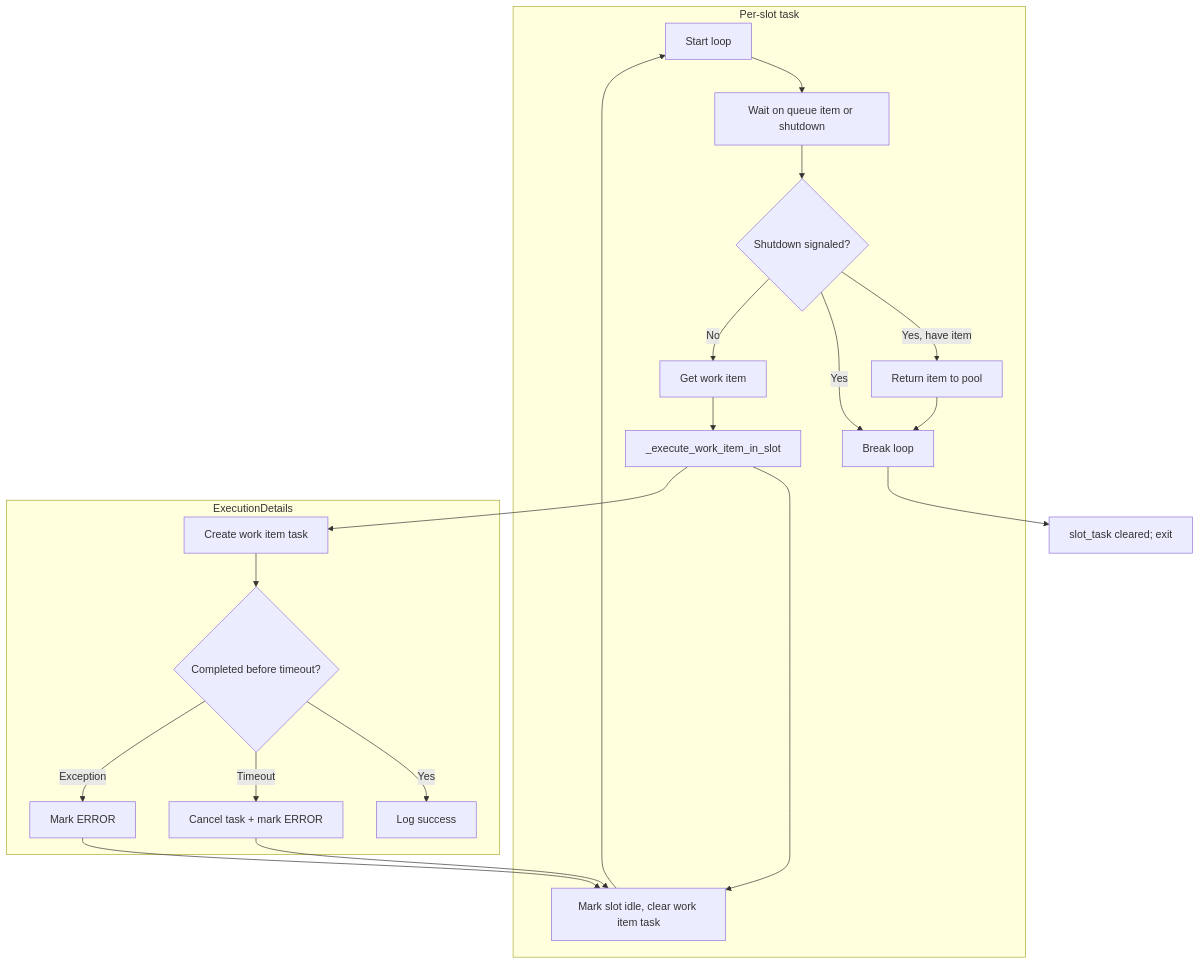
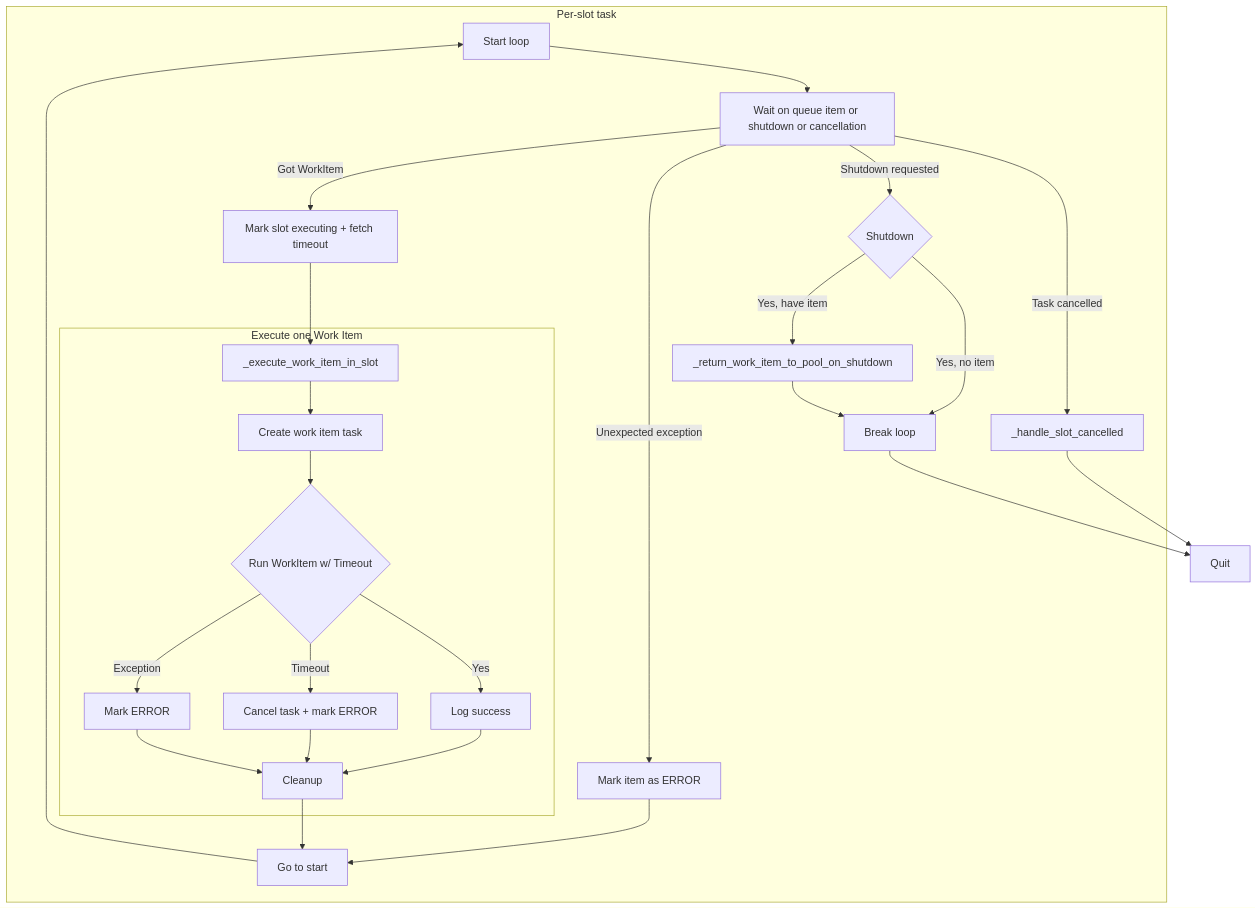
The third of 3 diagrams in docs/workitems/slot_executor_lifecycle.md (ayim/taubench-modern), drawn with Mermaid before and after one commit. The commit also changed other lines of this file, not shown here.

Commit message:
Update mermaid docs for resize (#1718)

````diff
--- a/docs/workitems/slot_executor_lifecycle.md
+++ b/docs/workitems/slot_executor_lifecycle.md
@@ -52,25 +57,32 @@
 ```mermaid
 flowchart TD
     subgraph SlotTaskLoop[Per-slot task]
         AA[Start loop]
-        AA --> AB[Wait on queue item or shutdown]
-        AB --> AC{Shutdown signaled?}
-        AC -->|Yes, have item| AD[Return item to pool]
-        AC -->|Yes| AE[Break loop]
-        AC -->|No| AF[Get work item]
-        AF --> AG[_execute_work_item_in_slot]
-        AG --> AH[Mark slot idle, clear work item task]
-        AH --> AA
+        AA --> AB[Wait on queue item or shutdown or cancellation]
+        AB --> |Shutdown requested| AC{Shutdown}
+        AC -->|Yes, have item| AD[_return_work_item_to_pool_on_shutdown]
+        AC -->|Yes, no item| AE[Break loop]
+        AD --> AE
+        AB -->|Got WorkItem | AG[Mark slot executing + fetch timeout]
+        AB -->|Task cancelled| AO[_handle_slot_cancelled]
+        AB -->|Unexpected exception| AP[Mark item as ERROR]
+        AP --> AZ
+        AG --> AQ[_execute_work_item_in_slot]
+
+        subgraph Execute one Work Item
+            AQ --> AS[Create work item task]
+            AS --> AT{Run WorkItem w/ Timeout}
+            AT -->|Yes| AU[Log success]
+            AT -->|Timeout| AV[Cancel task + mark ERROR]
+            AT -->|Exception| AW[Mark ERROR]
+            AU --> AR
+            AV --> AR
+            AW --> AR
+        end
+
+        AR[Cleanup] --> AZ[Go to start]
+        AZ --> AA
     end
-    subgraph ExecutionDetails
-        AG --> AI[Create work item task]
-        AI --> AJ{Completed before timeout?}
-        AJ -->|Yes| AK[Log success]
-        AJ -->|Timeout| AL[Cancel task + mark ERROR]
-        AJ -->|Exception| AM[Mark ERROR]
-        AL --> AH
-        AM --> AH
-    end
-    AE --> AN[slot_task cleared; exit]
-    AD --> AE
+    AO --> AX[Quit]
+    AE --> AX
 ```
````
